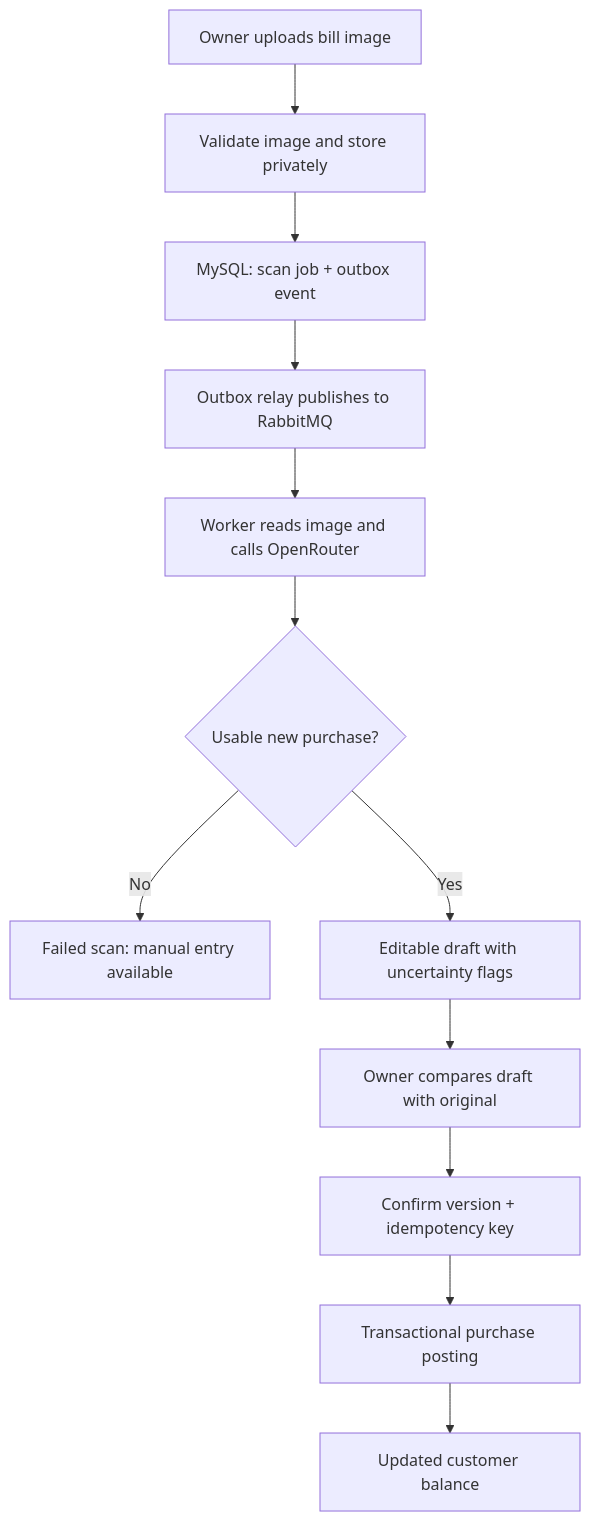
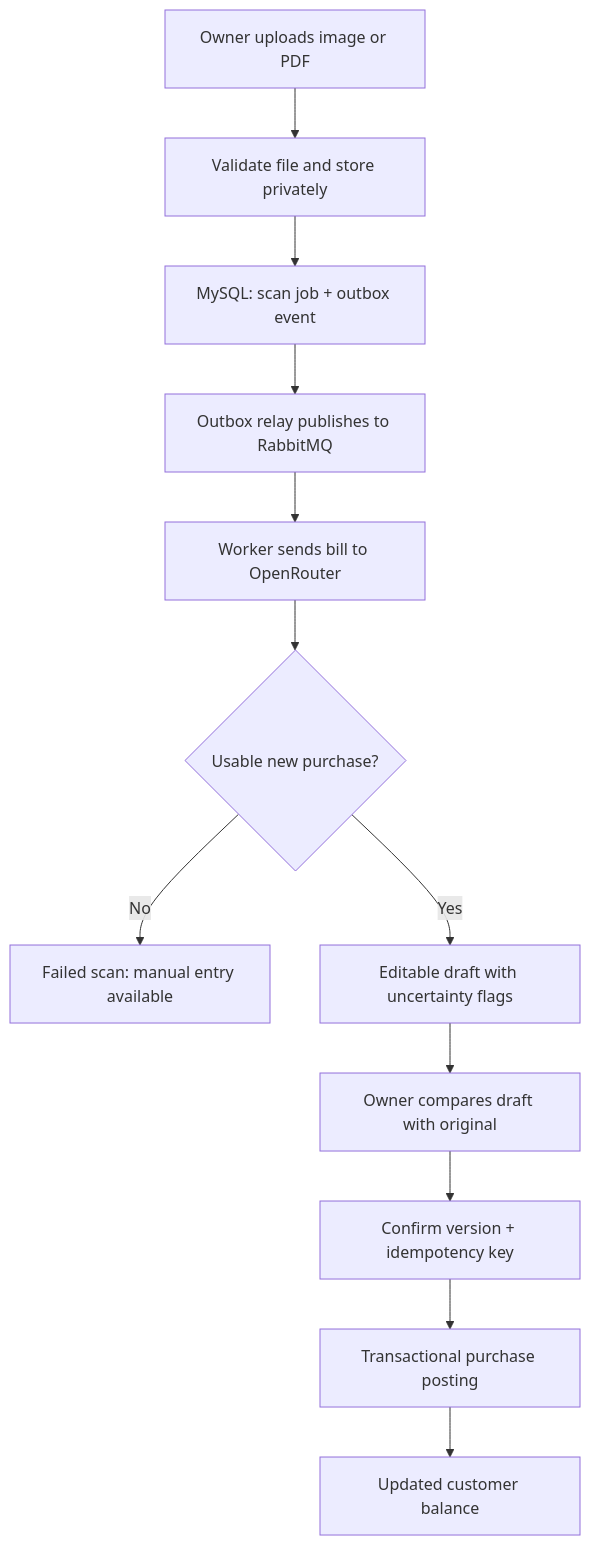
Before and after one commit to sanjaygupta45/baakio-backend: the second of 3 diagrams in README.md, drawn with Mermaid. The commit also changed other lines of this file and 8 other files, not shown here.

Commit message:
Support PDF uploads for bill scans

````diff
--- a/README.md
+++ b/README.md
@@ -40,14 +40,14 @@
 ```mermaid
 flowchart TD
-    A[Owner uploads bill image] --> B[Validate image and store privately]
+    A[Owner uploads image or PDF] --> B[Validate file and store privately]
     B --> C[MySQL: scan job + outbox event]
     C --> D[Outbox relay publishes to RabbitMQ]
-    D --> E[Worker reads image and calls OpenRouter]
+    D --> E[Worker sends bill to OpenRouter]
     E --> F{Usable new purchase?}
     F -->|No| X[Failed scan: manual entry available]
     F -->|Yes| G[Editable draft with uncertainty flags]
     G --> H[Owner compares draft with original]
     H --> I[Confirm version + idempotency key]
     I --> J[Transactional purchase posting]
     J --> K[Updated customer balance]
 ```
````
